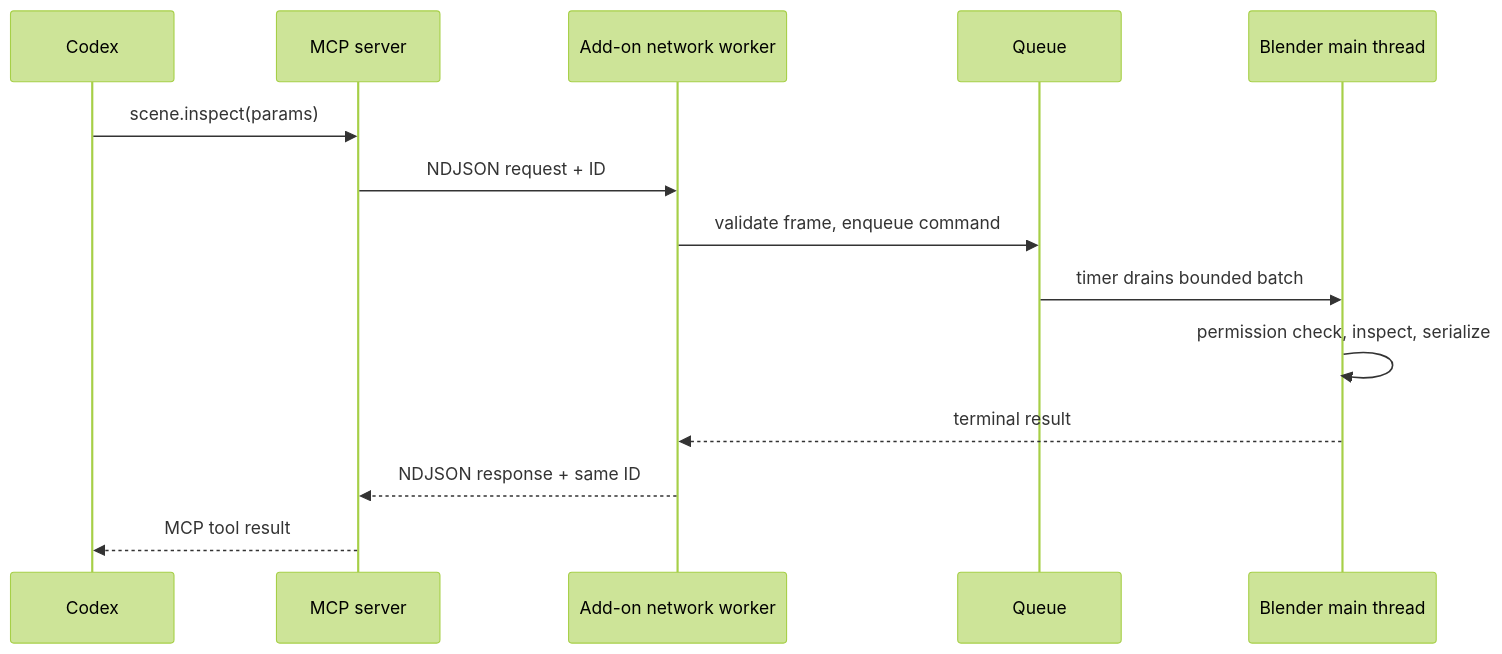
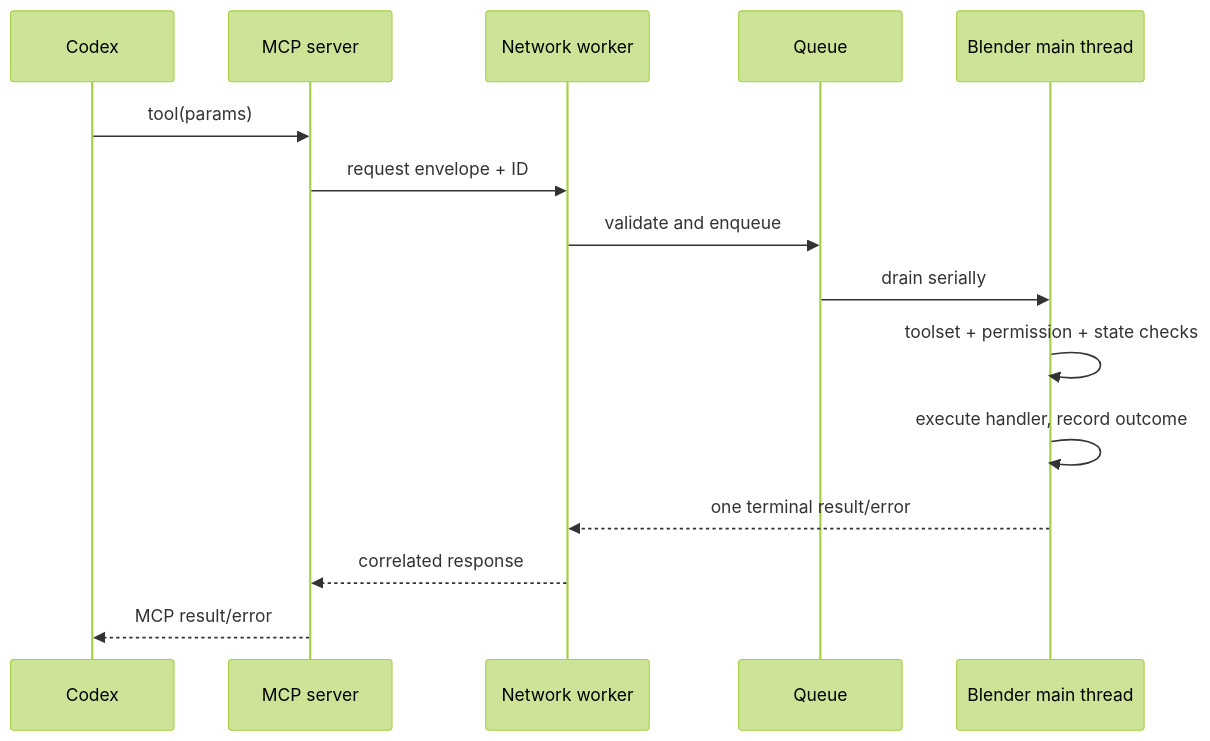
Before and after one commit to Yoruiopz/Codex-Blender-Bridge: the second of 2 diagrams in docs/architecture.md, drawn with Mermaid (forest theme). The commit also changed other lines of this file and 68 other files, not shown here.

````diff
--- a/docs/architecture.md
+++ b/docs/architecture.md
@@ -76,17 +72,18 @@
 ```mermaid
 sequenceDiagram
     participant C as Codex
     participant M as MCP server
-    participant N as Add-on network worker
+    participant N as Network worker
     participant Q as Queue
     participant B as Blender main thread
 
-    C->>M: scene.inspect(params)
-    M->>N: NDJSON request + ID
-    N->>Q: validate frame, enqueue command
-    Q->>B: timer drains bounded batch
-    B->>B: permission check, inspect, serialize
-    B-->>N: terminal result
-    N-->>M: NDJSON response + same ID
-    M-->>C: MCP tool result
+    C->>M: tool(params)
+    M->>N: request envelope + ID
+    N->>Q: validate and enqueue
+    Q->>B: drain serially
+    B->>B: toolset + permission + state checks
+    B->>B: execute handler, record outcome
+    B-->>N: one terminal result/error
+    N-->>M: correlated response
+    M-->>C: MCP result/error
 ```
````
